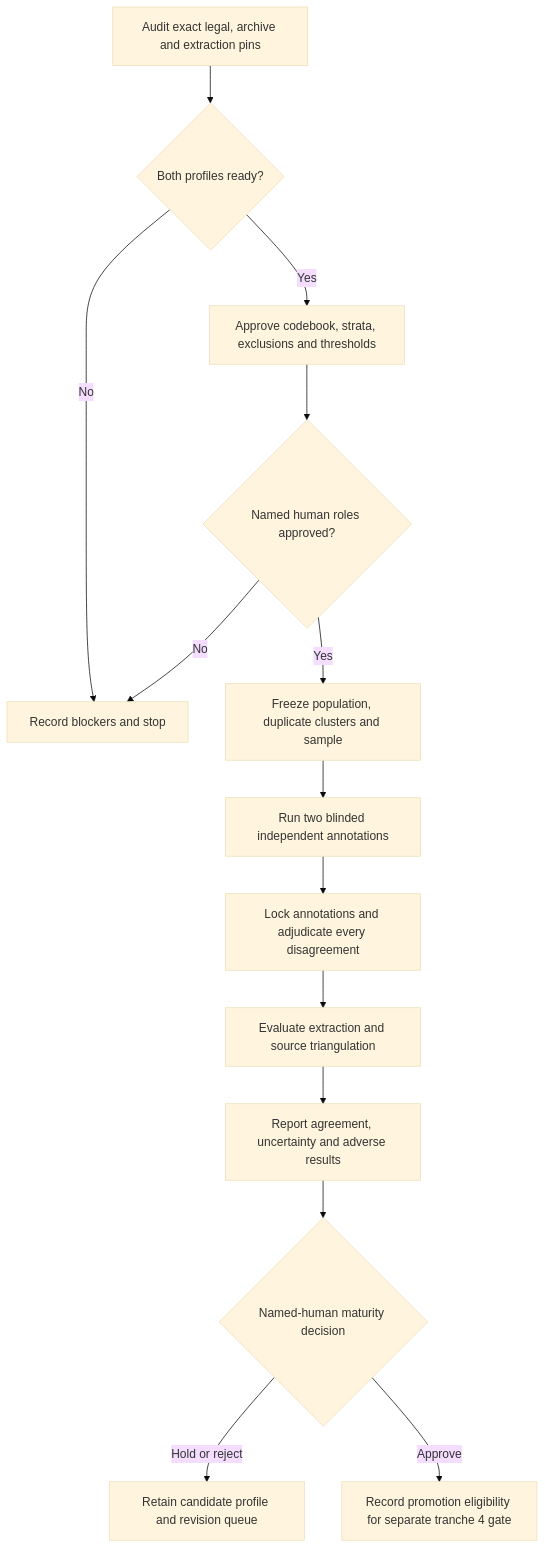
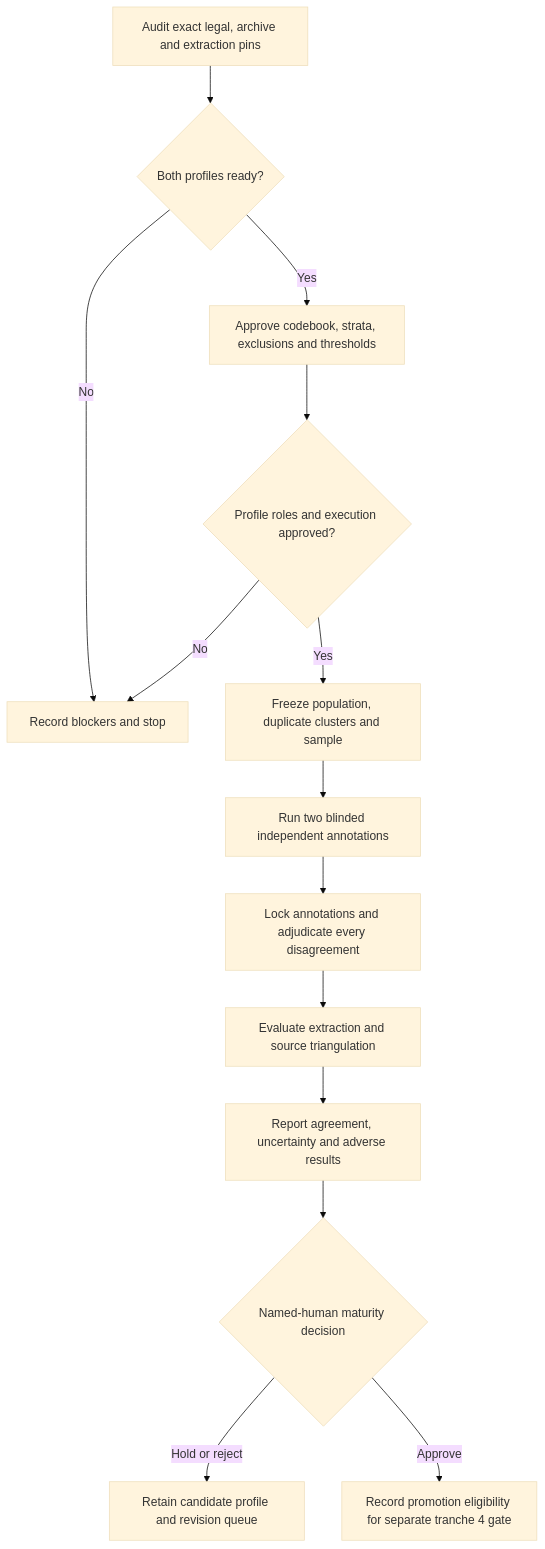
Before and after one commit to edithatogo/foi-o: the diagram in conductor/tracks/australian_jurisdiction_profiles_20260714/workflow.md, drawn with Mermaid (base theme). The commit also changed other lines of this file and 7 other files, not shown here.

````diff
--- a/conductor/tracks/australian_jurisdiction_profiles_20260714/workflow.md
+++ b/conductor/tracks/australian_jurisdiction_profiles_20260714/workflow.md
@@ -8,16 +8,16 @@
 ```mermaid
 flowchart TD
     A[Audit exact legal, archive and extraction pins] --> B{Both profiles ready?}
     B -- No --> X[Record blockers and stop]
     B -- Yes --> C[Approve codebook, strata, exclusions and thresholds]
-    C --> D{Named human roles approved?}
+    C --> D{Profile roles and execution approved?}
     D -- No --> X
     D -- Yes --> E[Freeze population, duplicate clusters and sample]
     E --> F[Run two blinded independent annotations]
     F --> G[Lock annotations and adjudicate every disagreement]
     G --> H[Evaluate extraction and source triangulation]
     H --> I[Report agreement, uncertainty and adverse results]
     I --> J{Named-human maturity decision}
     J -- Hold or reject --> K[Retain candidate profile and revision queue]
     J -- Approve --> L[Record promotion eligibility for separate tranche 4 gate]
 ```
````
